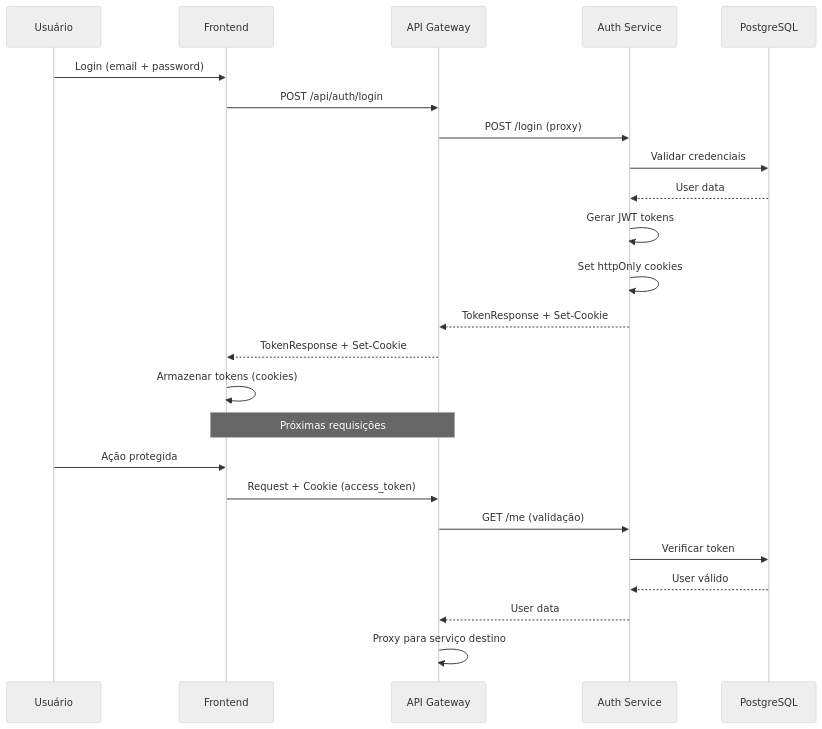
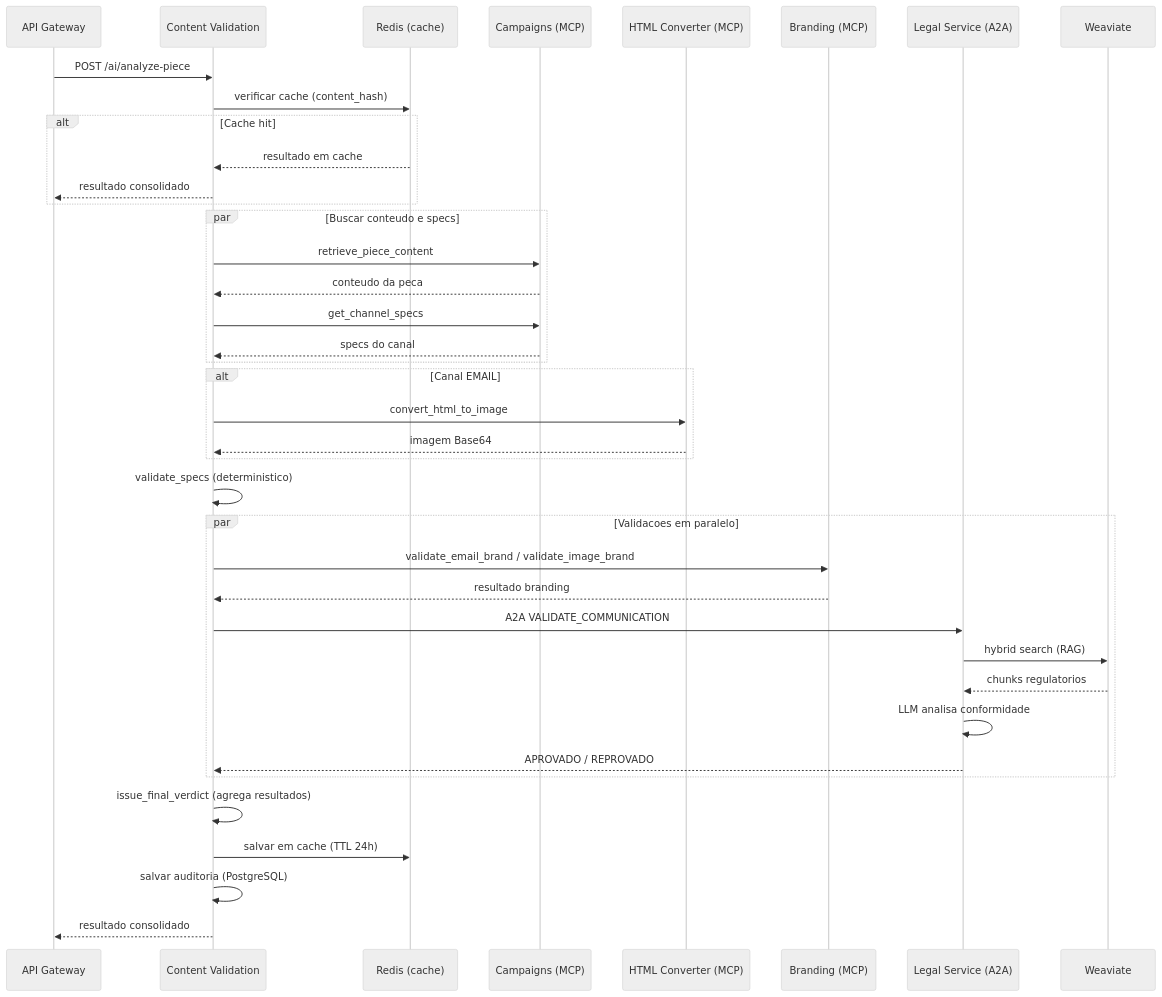
Before and after one commit to anacds/dm-orqestra: the third of 8 diagrams in DIAGRAMA_IMPLEMENTACAO.md, drawn with Mermaid (neutral theme). The commit also changed other lines of this file and 173 other files, not shown here.

````diff
--- a/DIAGRAMA_IMPLEMENTACAO.md
+++ b/DIAGRAMA_IMPLEMENTACAO.md
@@ -102,28 +108,48 @@
 ```mermaid
 sequenceDiagram
-    participant U as Usuário
-    participant FE as Frontend
     participant GW as API Gateway
-    participant AUTH as Auth Service
-    participant DB as PostgreSQL
+    participant CVS as Content Validation
+    participant REDIS as Redis (cache)
+    participant CAMP_MCP as Campaigns (MCP)
+    participant HTML_MCP as HTML Converter (MCP)
+    participant BRAND_MCP as Branding (MCP)
+    participant LEGAL as Legal Service (A2A)
+    participant WEAV as Weaviate
 
-    U->>FE: Login (email + password)
-    FE->>GW: POST /api/auth/login
-    GW->>AUTH: POST /login (proxy)
-    AUTH->>DB: Validar credenciais
-    DB-->>AUTH: User data
-    AUTH->>AUTH: Gerar JWT tokens
-    AUTH->>AUTH: Set httpOnly cookies
-    AUTH-->>GW: TokenResponse + Set-Cookie
-    GW-->>FE: TokenResponse + Set-Cookie
-    FE->>FE: Armazenar tokens (cookies)
-    
-    Note over FE,GW: Próximas requisições
-    U->>FE: Ação protegida
-    FE->>GW: Request + Cookie (access_token)
-    GW->>AUTH: GET /me (validação)
-    AUTH->>DB: Verificar token
-    DB-->>AUTH: User válido
-    AUTH-->>GW: User data
-    GW->>GW: Proxy para serviço destino
+    GW->>CVS: POST /ai/analyze-piece
+
+    CVS->>REDIS: verificar cache (content_hash)
+    alt Cache hit
+        REDIS-->>CVS: resultado em cache
+        CVS-->>GW: resultado consolidado
+    end
+
+    par Buscar conteudo e specs
+        CVS->>CAMP_MCP: retrieve_piece_content
+        CAMP_MCP-->>CVS: conteudo da peca
+        CVS->>CAMP_MCP: get_channel_specs
+        CAMP_MCP-->>CVS: specs do canal
+    end
+
+    alt Canal EMAIL
+        CVS->>HTML_MCP: convert_html_to_image
+        HTML_MCP-->>CVS: imagem Base64
+    end
+
+    CVS->>CVS: validate_specs (deterministico)
+
+    par Validacoes em paralelo
+        CVS->>BRAND_MCP: validate_email_brand / validate_image_brand
+        BRAND_MCP-->>CVS: resultado branding
+        CVS->>LEGAL: A2A VALIDATE_COMMUNICATION
+        LEGAL->>WEAV: hybrid search (RAG)
+        WEAV-->>LEGAL: chunks regulatorios
+        LEGAL->>LEGAL: LLM analisa conformidade
+        LEGAL-->>CVS: APROVADO / REPROVADO
+    end
+
+    CVS->>CVS: issue_final_verdict (agrega resultados)
+    CVS->>REDIS: salvar em cache (TTL 24h)
+    CVS->>CVS: salvar auditoria (PostgreSQL)
+    CVS-->>GW: resultado consolidado
 ```
````
